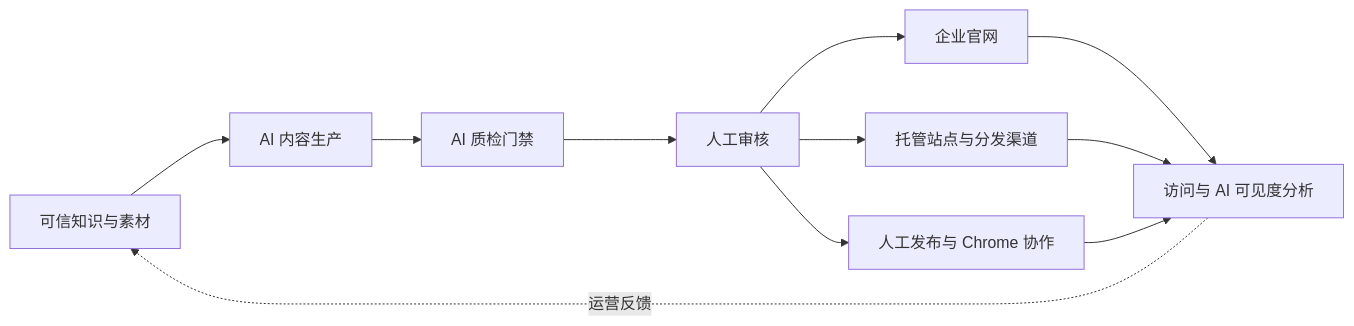
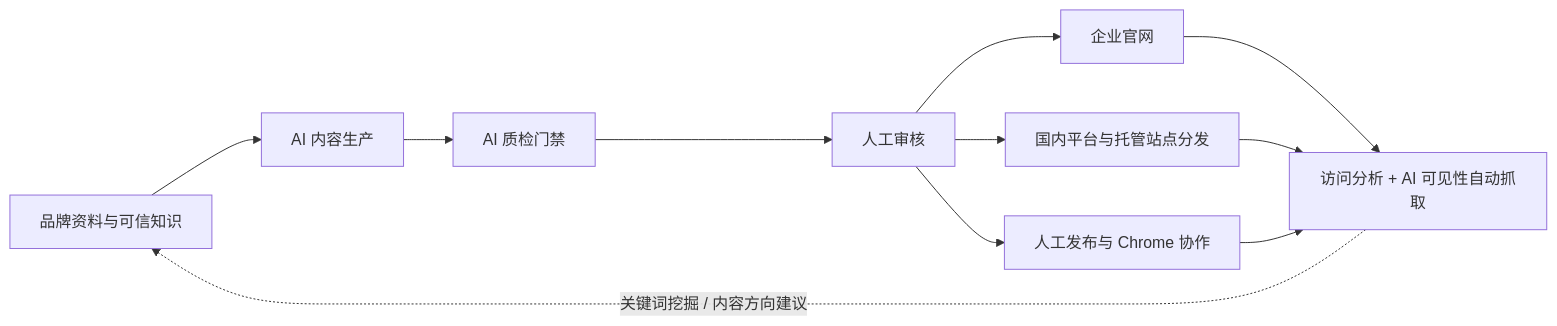
Before and after one commit to mryeehee/GEOWorkFlow: the diagram in README.md, drawn with Mermaid. The commit also changed other lines of this file, not shown here.

````diff
--- a/README.md
+++ b/README.md
@@ -46,13 +32,13 @@
 ```mermaid
 flowchart LR
-    A[可信知识与素材] --> B[AI 内容生产]
+    A[品牌资料与可信知识] --> B[AI 内容生产]
     B --> C[AI 质检门禁]
     C --> D[人工审核]
     D --> E1[企业官网]
-    D --> E2[托管站点与分发渠道]
+    D --> E2[国内平台与托管站点分发]
     D --> E3[人工发布与 Chrome 协作]
-    E1 --> F[访问与 AI 可见度分析]
+    E1 --> F[访问分析 + AI 可见性自动抓取]
     E2 --> F
     E3 --> F
-    F -. 运营反馈 .-> A
+    F -. 关键词挖掘 / 内容方向建议 .-> A
 ```
````
